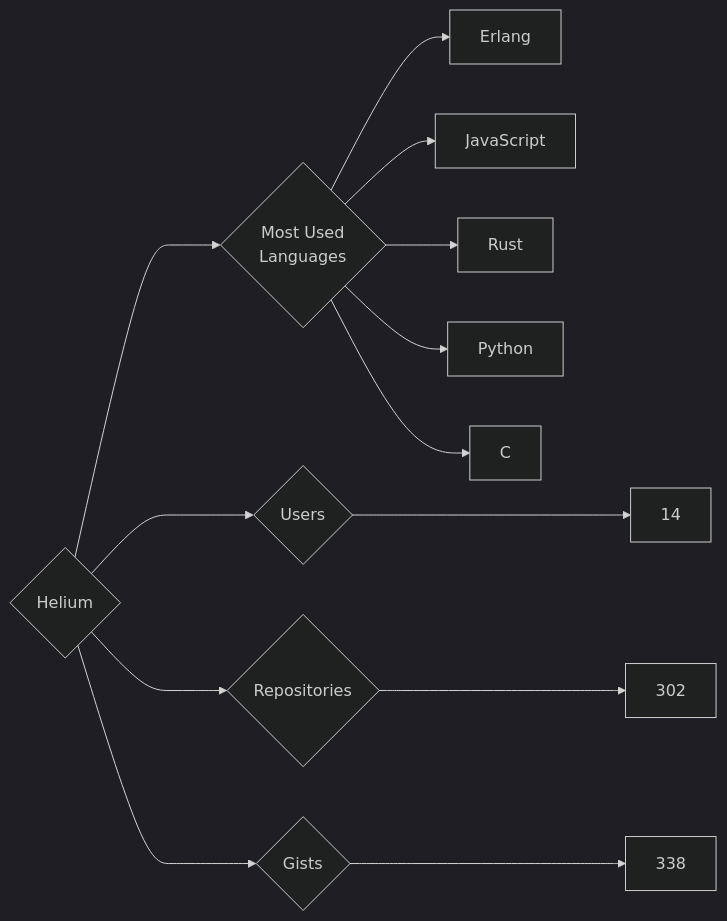
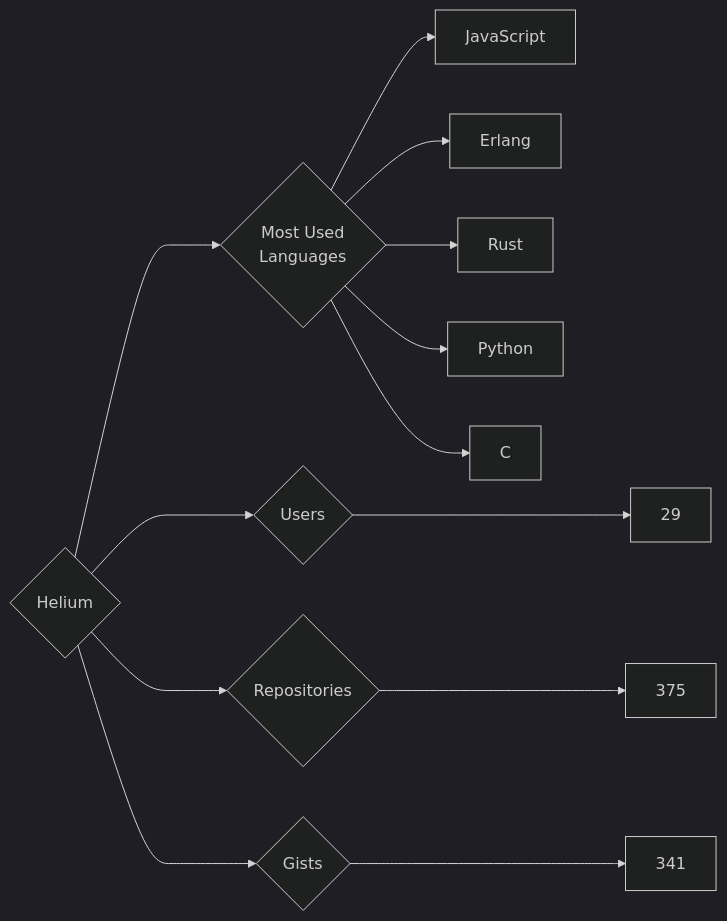
The diagram in targets/Helium/README.md (trickest/insiders), drawn with Mermaid (dark theme) before and after one commit. The commit also changed 823 other files, not shown here.

````diff
--- a/targets/Helium/README.md
+++ b/targets/Helium/README.md
@@ -3,13 +3,13 @@
 ```mermaid
 graph LR
 COMPANY_NAME{Helium}
-COMPANY_NAME ---> U{Users} ---> UN[14]
-COMPANY_NAME ---> R{Repositories} ---> RN[302]
-COMPANY_NAME ---> G{Gists} ---> GN[338]
+COMPANY_NAME ---> U{Users} ---> UN[29]
+COMPANY_NAME ---> R{Repositories} ---> RN[375]
+COMPANY_NAME ---> G{Gists} ---> GN[341]
 COMPANY_NAME ---> ML{Most Used<br>Languages}
+ML --> JavaScript[JavaScript]
 ML --> Erlang[Erlang]
-ML --> JavaScript[JavaScript]
 ML --> Rust[Rust]
 ML --> Python[Python]
 ML --> C[C]
 ```
````
